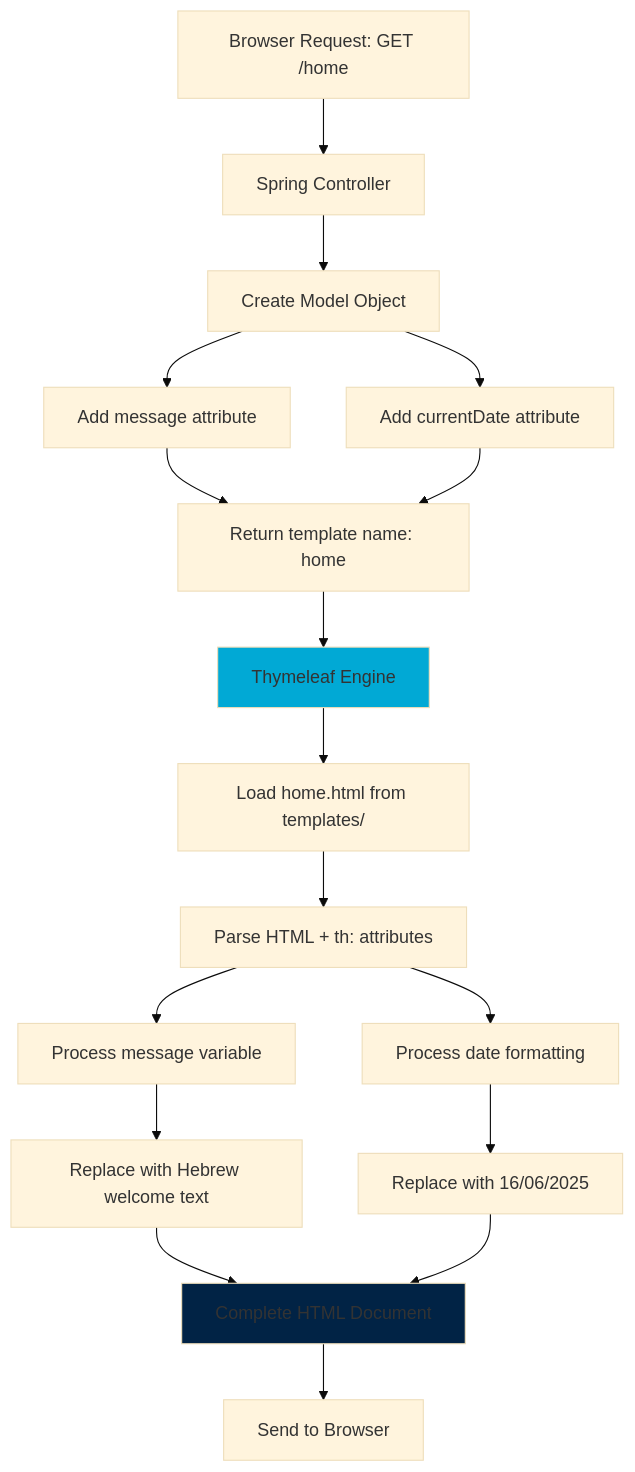
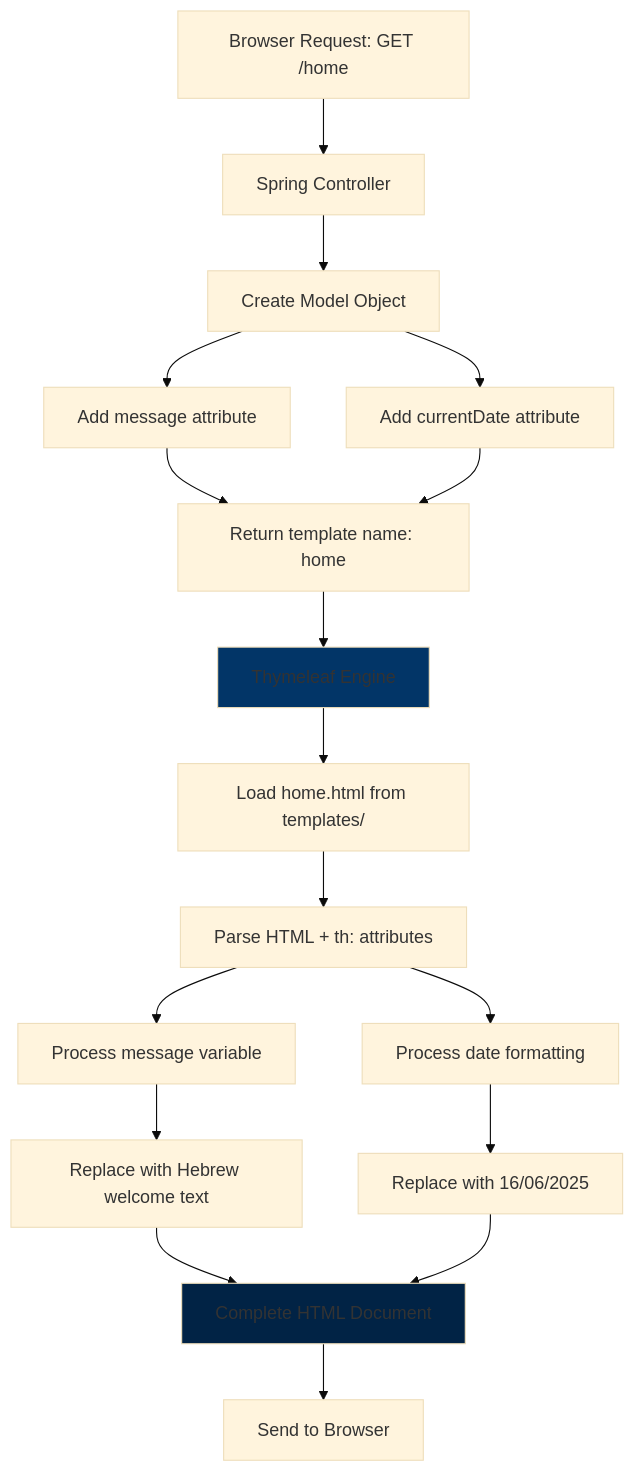
Before and after one commit to EliGuriel/Course_Meeting5: the second of 4 diagrams in הסבר מפורט - תבנית Thymeleaf עם עברית ו-RTL.md, drawn with Mermaid (base theme). The commit also changed other lines of this file and 1 other file, not shown here.

````diff
--- a/הסבר מפורט - תבנית Thymeleaf עם עברית ו-RTL.md
+++ b/הסבר מפורט - תבנית Thymeleaf עם עברית ו-RTL.md
@@ -175,26 +175,26 @@
 ```mermaid
 graph TD
     A[Browser Request: GET /home] --> B[Spring Controller]
     B --> C[Create Model Object]
     C --> D[Add message attribute]
     C --> E[Add currentDate attribute]
     D --> F[Return template name: home]
     E --> F
 
     F --> G[Thymeleaf Engine]
     G --> H[Load home.html from templates/]
 H --> I[Parse HTML + th: attributes]
 
 I --> J[Process message variable]
 J --> K[Replace with Hebrew welcome text]
 
 I --> L[Process date formatting]
 L --> M[Replace with 16/06/2025]
 
 K --> N[Complete HTML Document]
 M --> N
 N --> O[Send to Browser]
 
-style G fill:#01a9d5
+style G fill:#023567
 style N fill:#012345
 ```
````
